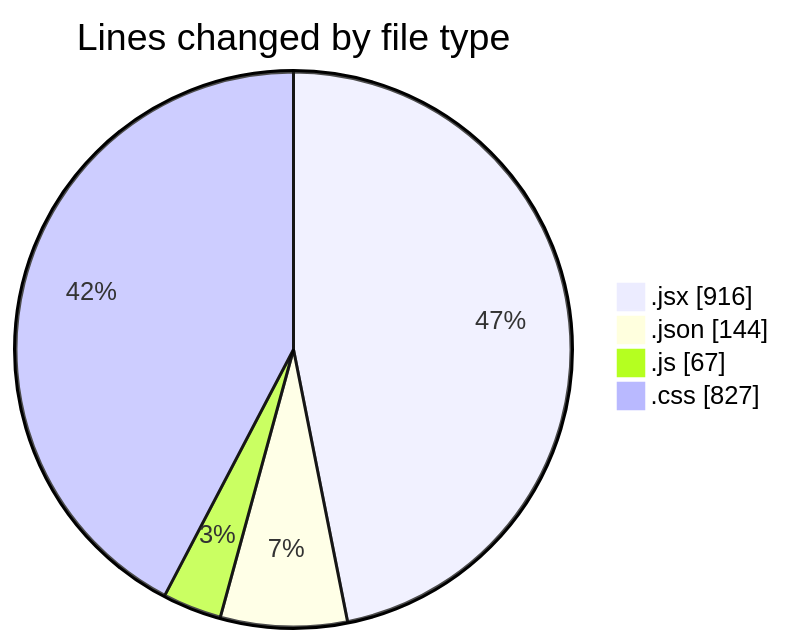
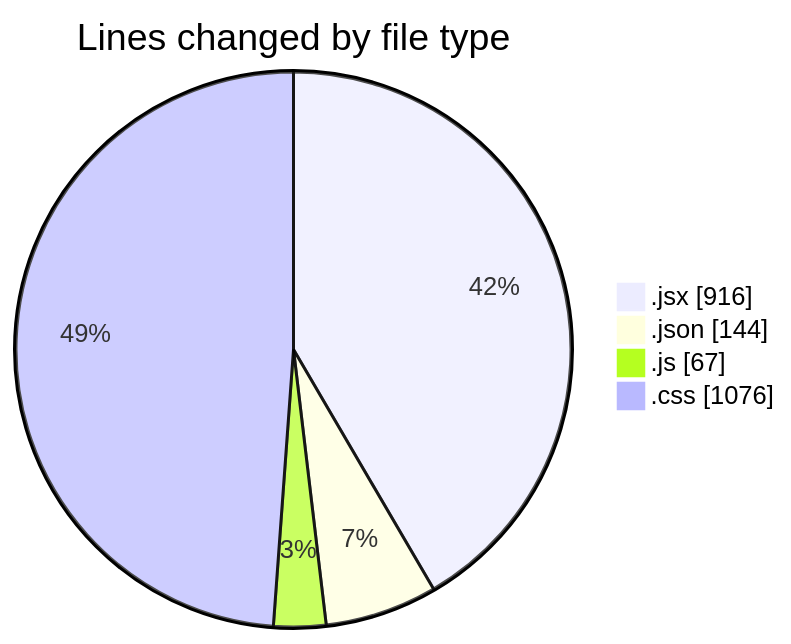
One commit to BS-eng2023/code-tracking changed the first of 2 diagrams in 2025-05-04/project/README.md. Above: the diagram before and after it, drawn with Mermaid. The commit also changed other lines of this file and 1 other file, not shown here.

````diff
--- a/2025-05-04/project/README.md
+++ b/2025-05-04/project/README.md
@@ -35,8 +35,8 @@
 ```mermaid
 pie showData
 title Lines changed by file type
 ".jsx" : 916
 ".json" : 144
 ".js" : 67
-".css" : 827
+".css" : 1076
 ```
````
